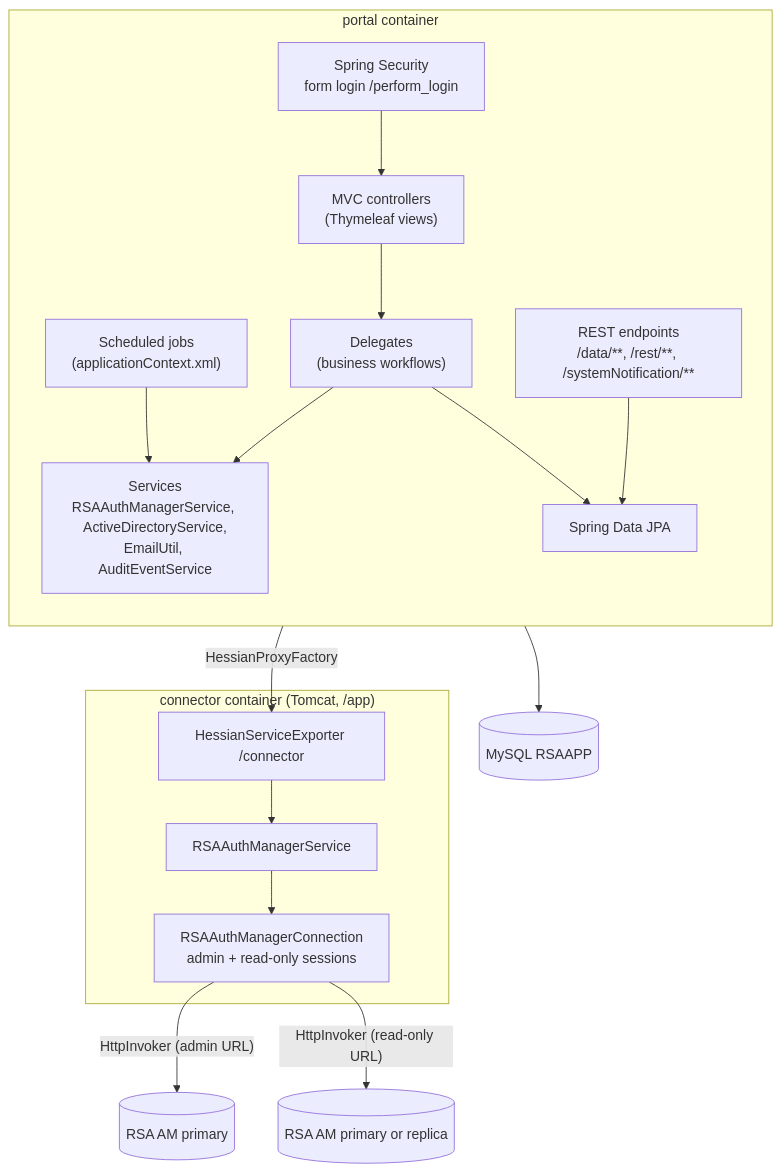
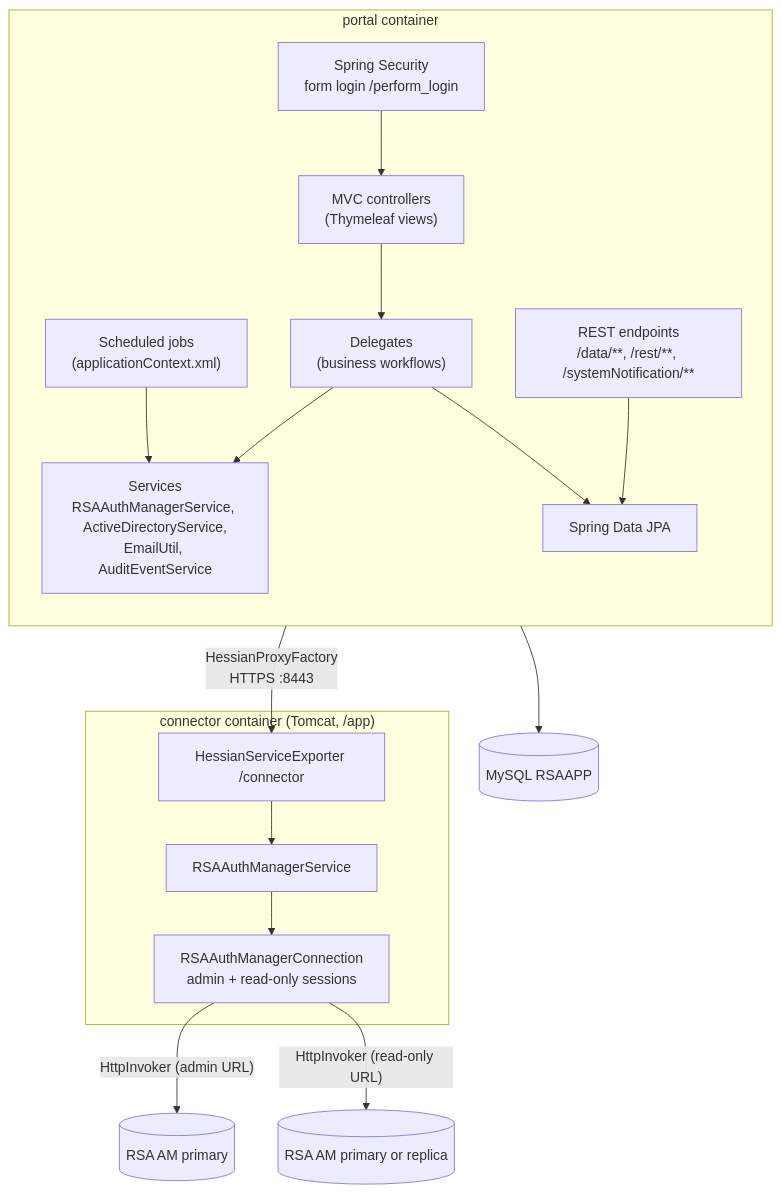
The first of 2 diagrams in docs/rsa-operations-portal/architecture.md (winllc/ens-apps-documentation), drawn with Mermaid before and after one commit. The commit also changed other lines of this file and 12 other files, not shown here.

````diff
--- a/docs/rsa-operations-portal/architecture.md
+++ b/docs/rsa-operations-portal/architecture.md
@@ -17,27 +18,27 @@
 ```mermaid
 flowchart TB
     subgraph portal["portal container"]
         direction TB
         SEC["Spring Security<br/>form login /perform_login"]
         CTRL["MVC controllers<br/>(Thymeleaf views)"]
         REST["REST endpoints<br/>/data/**, /rest/**, /systemNotification/**"]
         DEL["Delegates<br/>(business workflows)"]
         SVC["Services<br/>RSAAuthManagerService, ActiveDirectoryService,<br/>EmailUtil, AuditEventService"]
         CRON["Scheduled jobs<br/>(applicationContext.xml)"]
         JPA["Spring Data JPA"]
     end
     subgraph connector["connector container (Tomcat, /app)"]
         HX["HessianServiceExporter /connector"]
         RS["RSAAuthManagerService"]
         RC["RSAAuthManagerConnection<br/>admin + read-only sessions"]
     end
     SEC --> CTRL
     CTRL --> DEL --> SVC
     REST --> JPA
     CRON --> SVC
     DEL --> JPA
-    SVC -->|HessianProxyFactory| HX --> RS --> RC
+    SVC -->|"HessianProxyFactory<br/>HTTPS :8443"| HX --> RS --> RC
     RC -->|"HttpInvoker (admin URL)"| AM[(RSA AM primary)]
     RC -->|"HttpInvoker (read-only URL)"| AMR[(RSA AM primary or replica)]
     JPA --> DB[(MySQL RSAAPP)]
 ```
````
